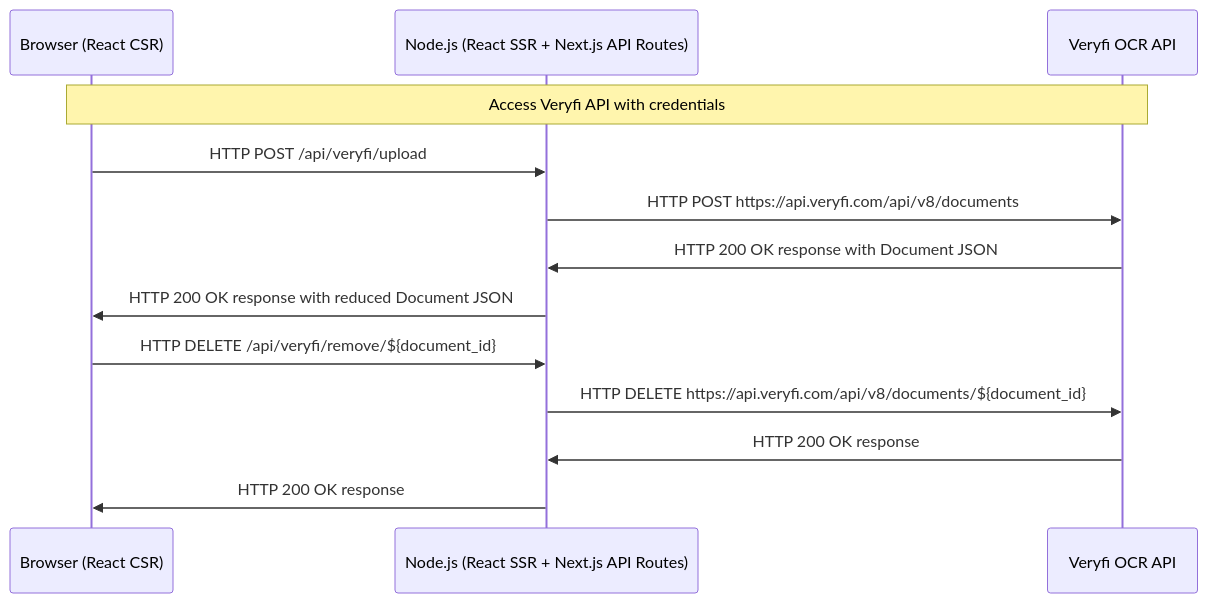
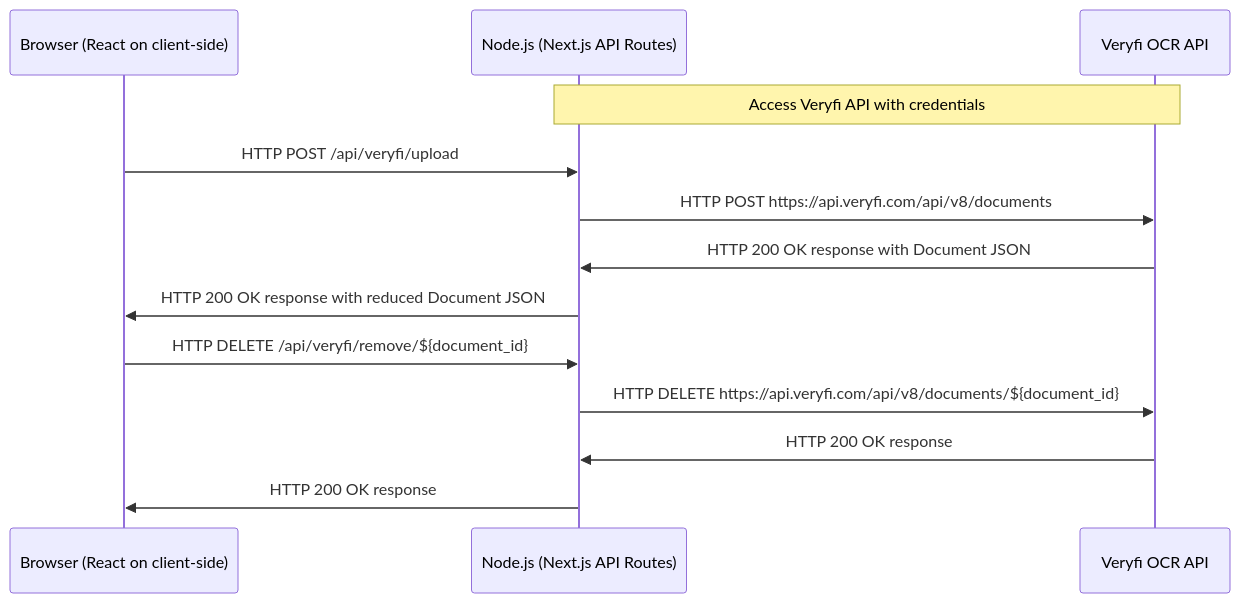
One commit to tx44/ocr-geocoding-ui changed the diagram in README.md. Above: the diagram before and after it, drawn with Mermaid.

Commit message:
chore(docs): improve sequence diagram

````diff
--- a/README.md
+++ b/README.md
@@ -59,17 +59,17 @@
 ```mermaid
 sequenceDiagram
-    participant browser as Browser (React CSR)
-    participant node as Node.js (React SSR + Next.js API Routes)
+    participant browser as Browser (React on client-side)
+    participant node as Node.js (Next.js API Routes)
     participant veryfi as Veryfi OCR API
 
-    Note over browser,veryfi: Access Veryfi API with credentials
+    Note over node,veryfi: Access Veryfi API with credentials
     browser->>node: HTTP POST /api/veryfi/upload
     node->>veryfi: HTTP POST https://api.veryfi.com/api/v8/documents
     veryfi->>node: HTTP 200 OK response with Document JSON
     node->>browser: HTTP 200 OK response with reduced Document JSON
 
     browser->>node: HTTP DELETE /api/veryfi/remove/${document_id}
     node->>veryfi: HTTP DELETE https://api.veryfi.com/api/v8/documents/${document_id}
     veryfi->>node: HTTP 200 OK response
     node->>browser: HTTP 200 OK response
 ```
````
